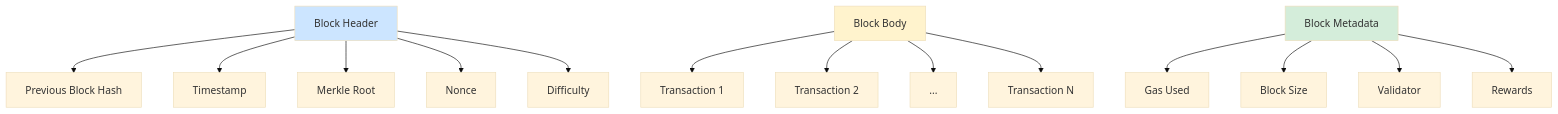
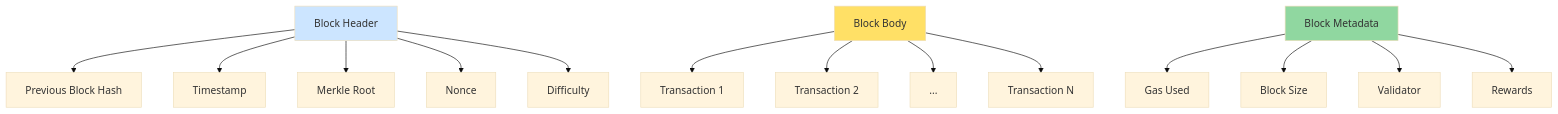
One commit to ljg-cqu/knowledge changed diagram 21 of 23 in Industry/Blockchain/Blockchain/ValueChain/QA_MistralAI.md. Above: the diagram before and after it, drawn with Mermaid (base theme). The commit also changed other lines of this file and 6 other files, not shown here.

````diff
--- a/Industry/Blockchain/Blockchain/ValueChain/QA_MistralAI.md
+++ b/Industry/Blockchain/Blockchain/ValueChain/QA_MistralAI.md
@@ -1405,22 +1405,22 @@
 ```mermaid
 graph TD
     A[Block Header] --> B[Previous Block Hash]
     A --> C[Timestamp]
     A --> D[Merkle Root]
     A --> E[Nonce]
     A --> F[Difficulty]
     
     G[Block Body] --> H[Transaction 1]
     G --> I[Transaction 2]
     G --> J[...]
     G --> K[Transaction N]
     
     L[Block Metadata] --> M[Gas Used]
     L --> N[Block Size]
     L --> O[Validator]
     L --> P[Rewards]
     
     style A fill:#cce5ff
-    style G fill:#fff3cd
-    style L fill:#d4edda
+    style G fill:#ffe066
+    style L fill:#90d7a0
 ```
````
